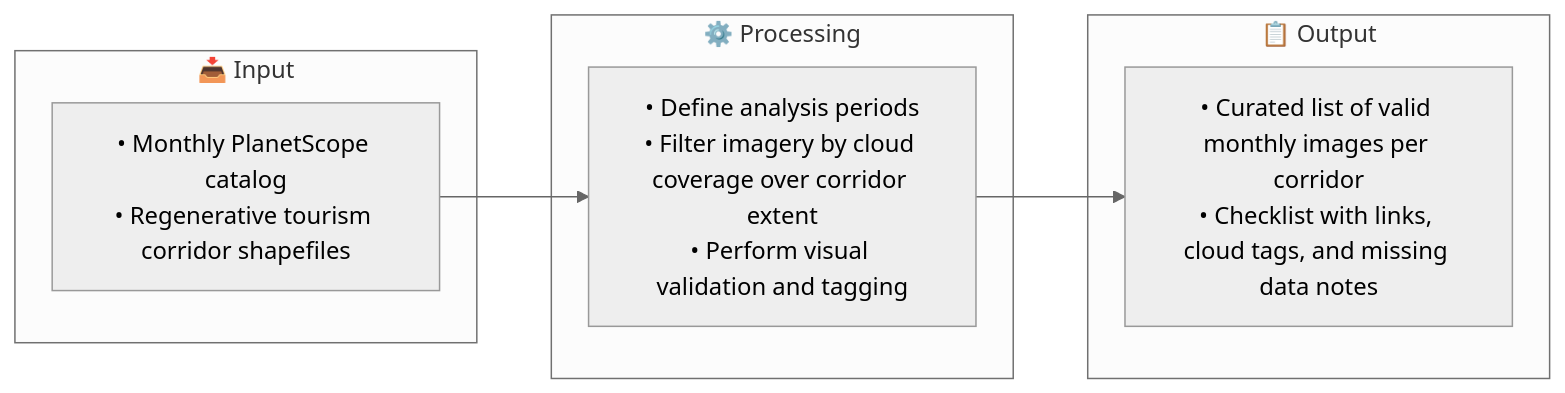
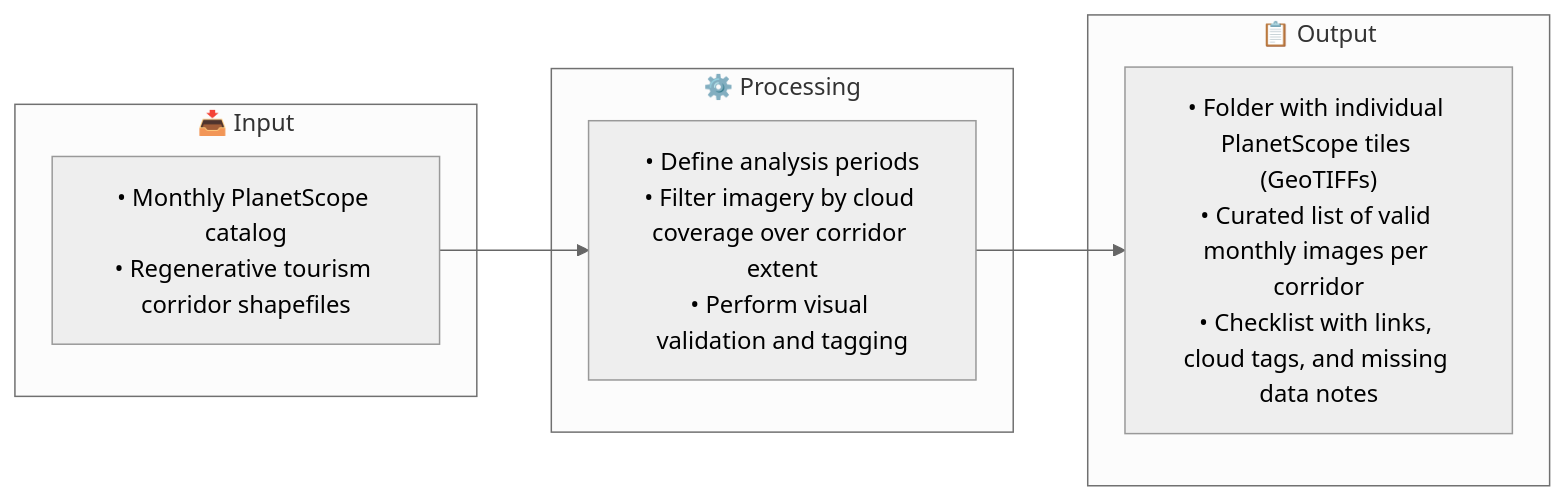
The first of 3 diagrams in RegenerativeTourism/README.md (WennOlarteE/portfolio), drawn with Mermaid (neutral theme) before and after one commit.

````diff
--- a/RegenerativeTourism/README.md
+++ b/RegenerativeTourism/README.md
@@ -58,16 +58,16 @@
 ```mermaid
 flowchart LR
     subgraph A[📥 Input]
         A1["• Monthly PlanetScope catalog<br>• Regenerative tourism corridor shapefiles"]
     end
 
     subgraph B[⚙️ Processing]
         B1["• Define analysis periods<br>• Filter imagery by cloud coverage over corridor extent<br>• Perform visual validation and tagging"]
     end
 
     subgraph C[📋 Output]
-        C1["• Curated list of valid monthly images per corridor<br>• Checklist with links, cloud tags, and missing data notes"]
+        C1["• Folder with individual PlanetScope tiles (GeoTIFFs)<br>• Curated list of valid monthly images per corridor<br>• Checklist with links, cloud tags, and missing data notes"]
     end
 
     A1 --> B1 --> C1
 ```
````
